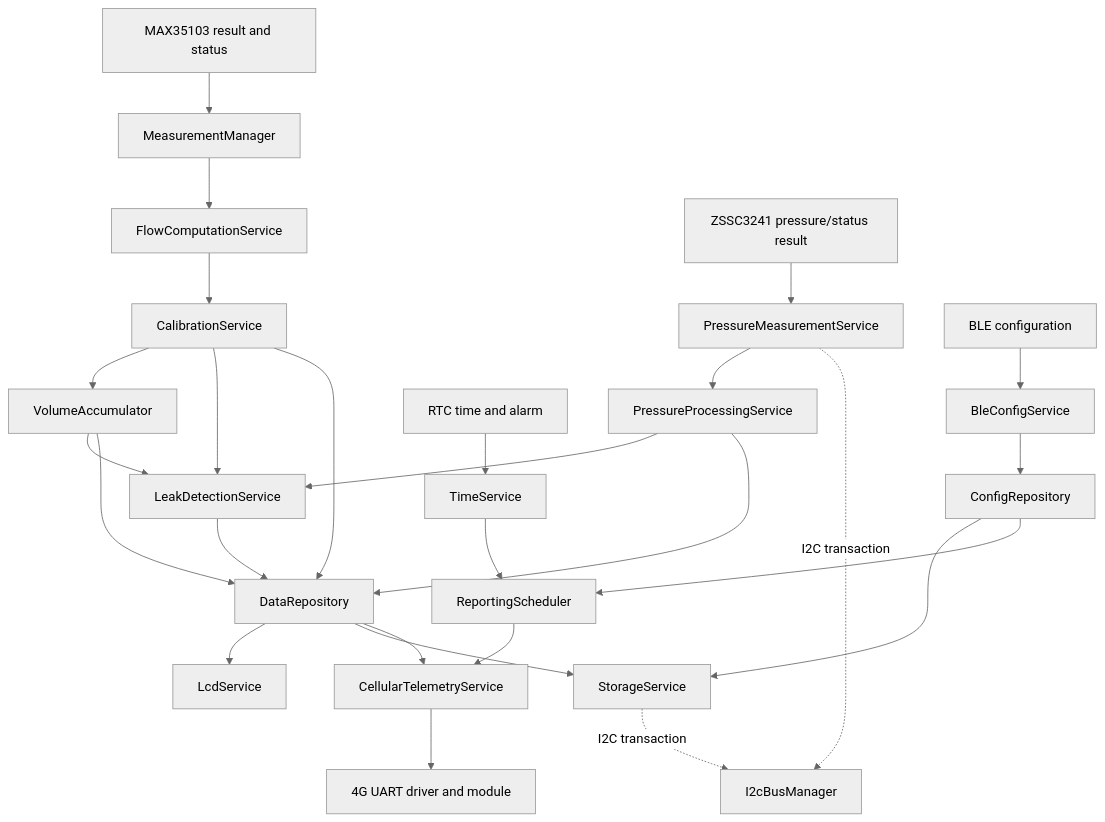
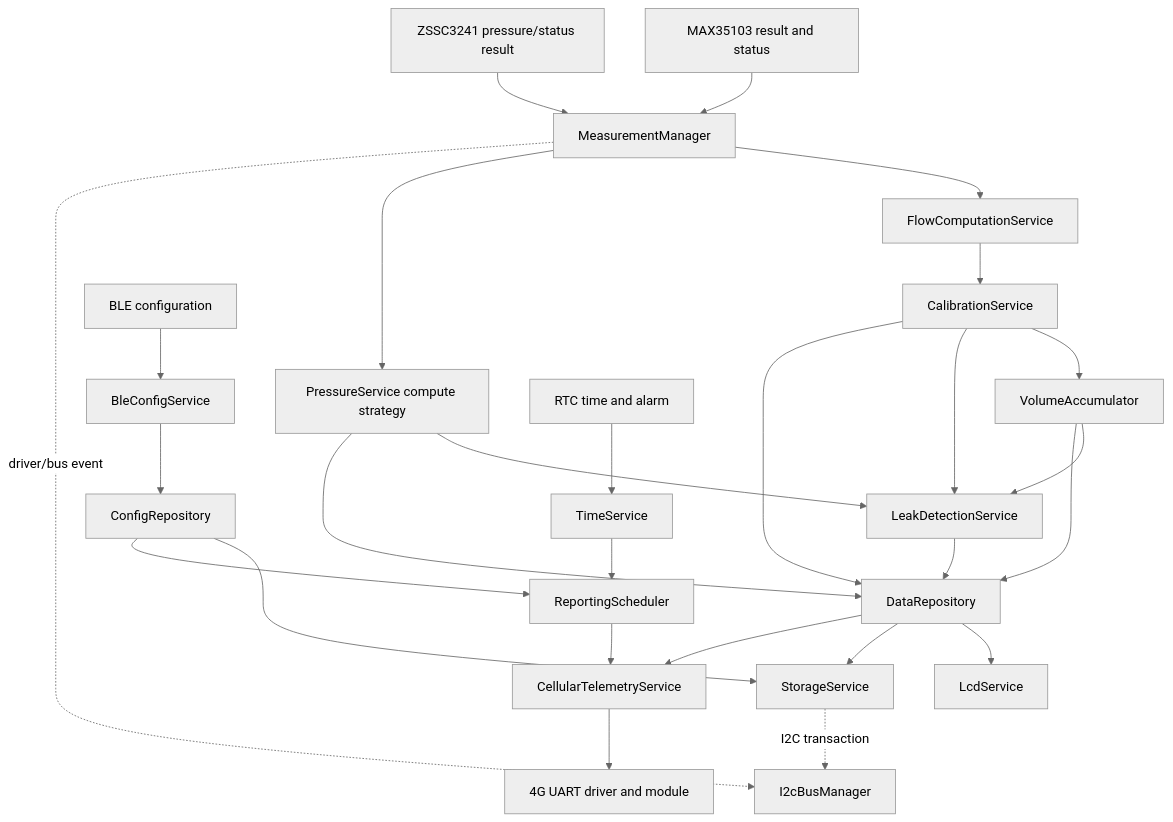
The third of 3 diagrams in 1.docs/00_overview/02_system_block_diagram.md (whoisLePhuc/smart-water-flow-pressure-monitor), drawn with Mermaid (neutral theme) before and after one commit. The commit also changed other lines of this file and 15 other files, not shown here.

````diff
--- a/1.docs/00_overview/02_system_block_diagram.md
+++ b/1.docs/00_overview/02_system_block_diagram.md
@@ -148,35 +154,35 @@
 ```mermaid
 flowchart TD
     MAXDATA["MAX35103 result and status"] --> MEAS["MeasurementManager"]
     MEAS --> FLOW["FlowComputationService"]
     FLOW --> CAL["CalibrationService"]
     CAL --> VOL["VolumeAccumulator"]
 
-    PRESSDATA["ZSSC3241 pressure/status result"] --> PMEAS["PressureMeasurementService"]
-    PMEAS --> PPROC["PressureProcessingService"]
-    PMEAS -.->|"I2C transaction"| I2C["I2cBusManager"]
+    PRESSDATA["ZSSC3241 pressure/status result"] --> MEAS
+    MEAS --> PPROC["PressureService compute strategy"]
+    MEAS -.->|"driver/bus event"| I2C["I2cBusManager"]
 
     CAL --> LEAK["LeakDetectionService"]
     VOL --> LEAK
     PPROC --> LEAK
 
     CAL --> REPO["DataRepository"]
     VOL --> REPO
     PPROC --> REPO
     LEAK --> REPO
 
     BLEIN["BLE configuration"] --> BLECFG["BleConfigService"]
     BLECFG --> CFG["ConfigRepository"]
     CFG --> STORE["StorageService"]
     STORE -.->|"I2C transaction"| I2C
 
     RTCEVT["RTC time and alarm"] --> TIME["TimeService"]
     TIME --> SCHED["ReportingScheduler"]
     CFG --> SCHED
 
     REPO --> LCDSVC["LcdService"]
     REPO --> STORE
     REPO --> TELEMETRY["CellularTelemetryService"]
     SCHED --> TELEMETRY
     TELEMETRY --> MODEM["4G UART driver and module"]
 ```
````
